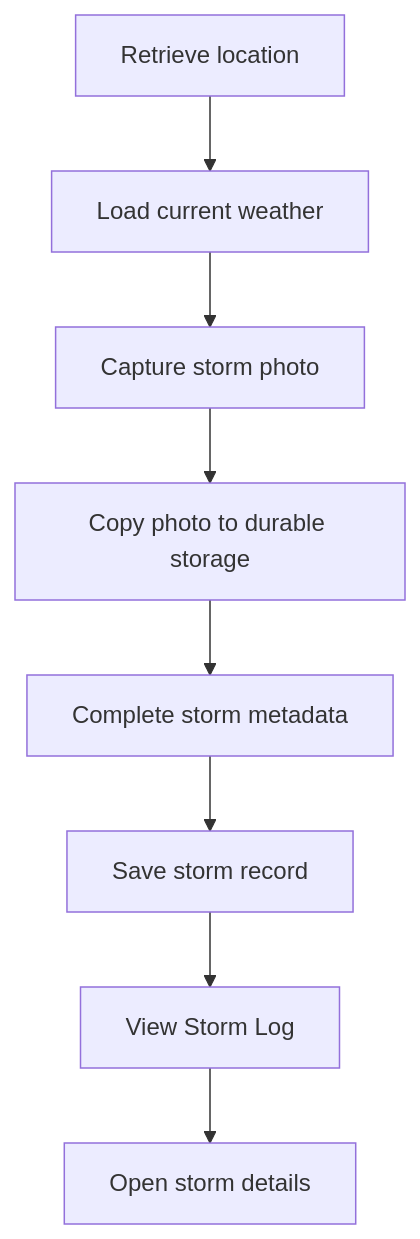
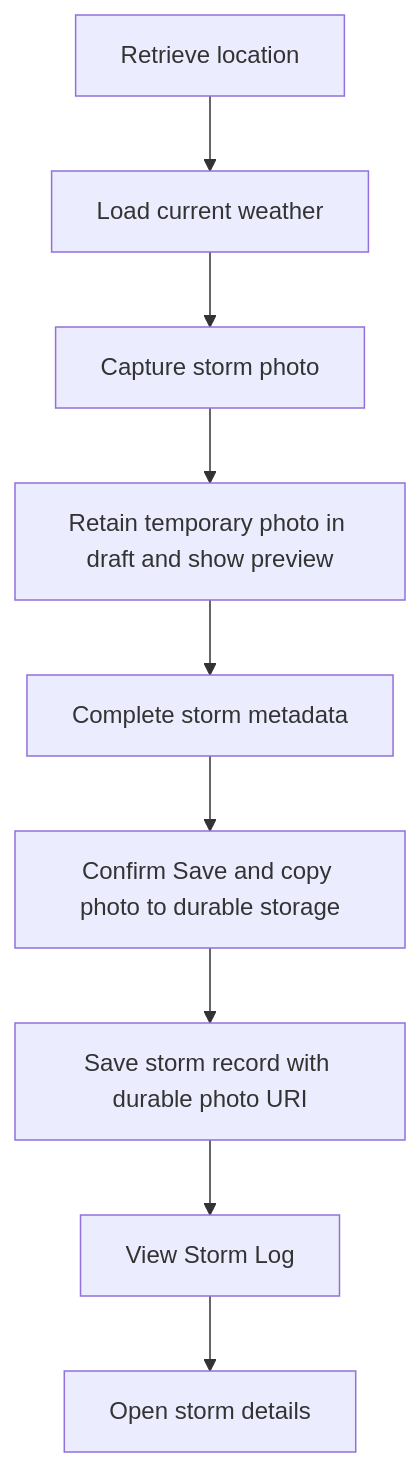
One commit to SdxCoder/storm-chaser-app changed the second of 3 diagrams in docs/Storm-Chaser-Architecture-and-Implementation-Plan.md. Above: the diagram before and after it, drawn with Mermaid. The commit also changed other lines of this file, not shown here.

Commit message:
docs: align photo lifecycle milestones

````diff
--- a/docs/Storm-Chaser-Architecture-and-Implementation-Plan.md
+++ b/docs/Storm-Chaser-Architecture-and-Implementation-Plan.md
@@ -231,10 +231,11 @@
 ```mermaid
 flowchart TD
     A["Retrieve location"] --> B["Load current weather"]
     B --> C["Capture storm photo"]
-    C --> D["Copy photo to durable storage"]
+    C --> D["Retain temporary photo in draft and show preview"]
     D --> E["Complete storm metadata"]
-    E --> F["Save storm record"]
-    F --> G["View Storm Log"]
-    G --> H["Open storm details"]
+    E --> F["Confirm Save and copy photo to durable storage"]
+    F --> G["Save storm record with durable photo URI"]
+    G --> H["View Storm Log"]
+    H --> I["Open storm details"]
 ```
````
